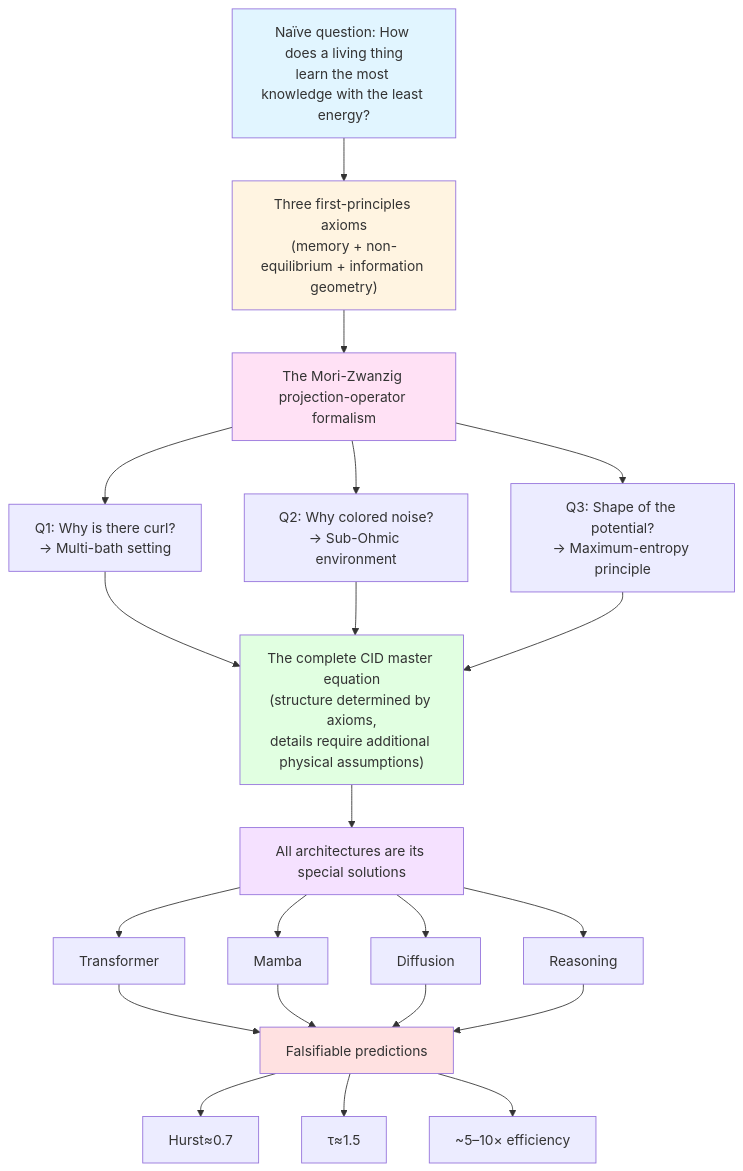
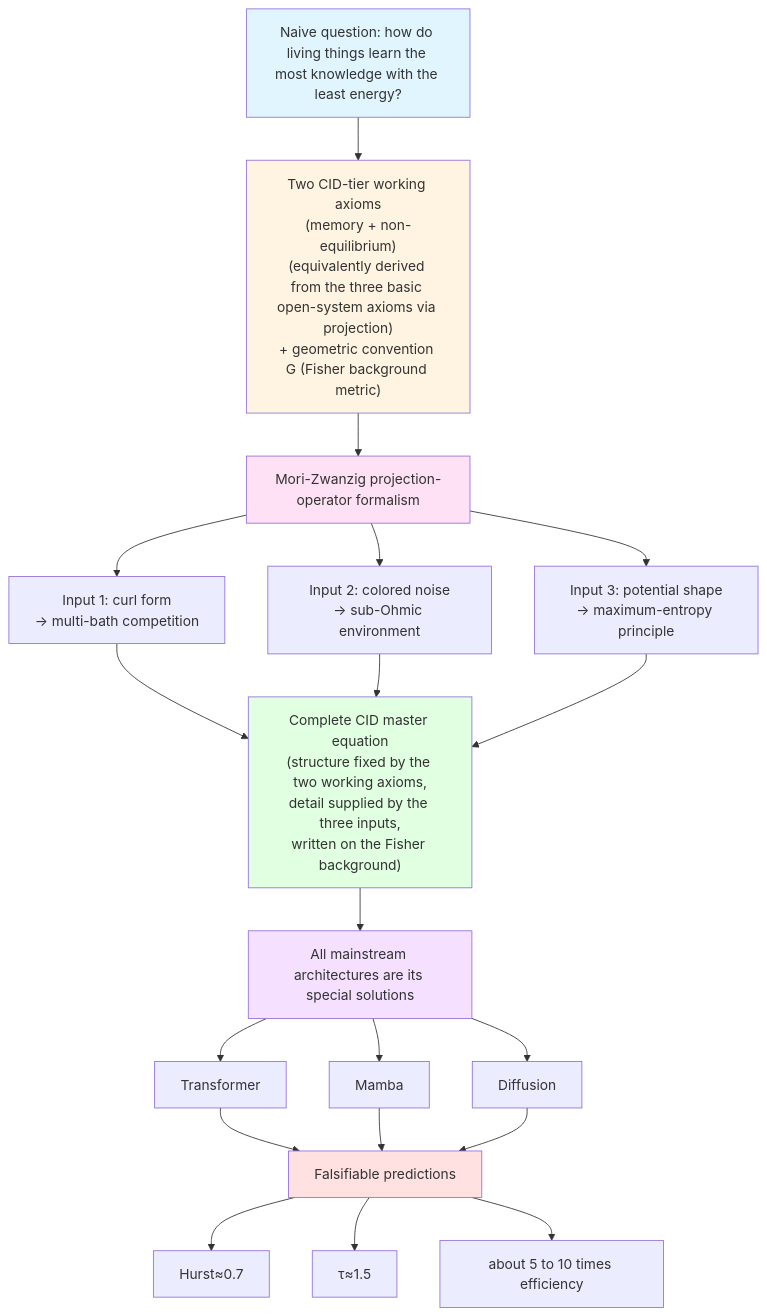
One commit to gwailee/uid changed the diagram in theory_en.md. Above: the diagram before and after it, drawn with Mermaid. The commit also changed other lines of this file, not shown here.

````diff
--- a/theory_en.md
+++ b/theory_en.md
@@ -200,47 +227,44 @@
 ```mermaid
 graph TD
-    A["Naïve question: How does a living thing<br/>learn the most knowledge with the least energy?"]
-    B["Three first-principles axioms<br/>(memory + non-equilibrium + information geometry)"]
-    C["The Mori-Zwanzig projection-operator formalism"]
-    D1["Q1: Why is there curl?<br/>→ Multi-bath setting"]
-    D2["Q2: Why colored noise?<br/>→ Sub-Ohmic environment"]
-    D3["Q3: Shape of the potential?<br/>→ Maximum-entropy principle"]
-    E["The complete CID master equation<br/>(structure determined by axioms,<br/>details require additional physical assumptions)"]
-    F["All architectures are its special solutions"]
+    A["Naive question: how do living things learn the most knowledge with the least energy?"]
+    B["Two CID-tier working axioms<br/>(memory + non-equilibrium)<br/>(equivalently derived from the three basic open-system axioms via projection)<br/>+ geometric convention G (Fisher background metric)"]
+    C["Mori-Zwanzig projection-operator formalism"]
+    D1["Input 1: curl form<br/>→ multi-bath competition"]
+    D2["Input 2: colored noise<br/>→ sub-Ohmic environment"]
+    D3["Input 3: potential shape<br/>→ maximum-entropy principle"]
+    E["Complete CID master equation<br/>(structure fixed by the two working axioms,<br/>detail supplied by the three inputs,<br/>written on the Fisher background)"]
+    F["All mainstream architectures are its special solutions"]
     G1["Transformer"]
     G2["Mamba"]
     G3["Diffusion"]
-    G4["Reasoning"]
     H["Falsifiable predictions"]
     I1["Hurst≈0.7"]
     I2["τ≈1.5"]
-    I3["~5–10× efficiency"]
+    I3["about 5 to 10 times efficiency"]
 
     A --> B
     B --> C
     C --> D1
     C --> D2
     C --> D3
     D1 --> E
     D2 --> E
     D3 --> E
     E --> F
     F --> G1
     F --> G2
     F --> G3
-    F --> G4
     G1 --> H
     G2 --> H
     G3 --> H
-    G4 --> H
     H --> I1
     H --> I2
     H --> I3
 
     style A fill:#e1f5ff
     style B fill:#fff4e1
     style C fill:#ffe1f5
     style E fill:#e1ffe1
     style F fill:#f5e1ff
     style H fill:#ffe1e1
 ```
````
